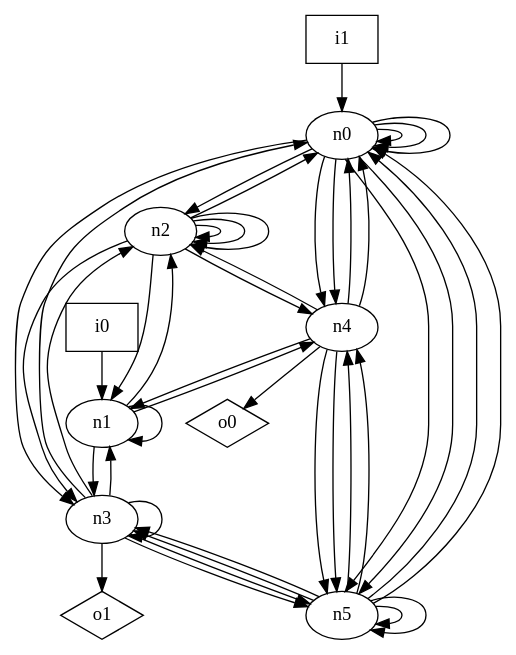
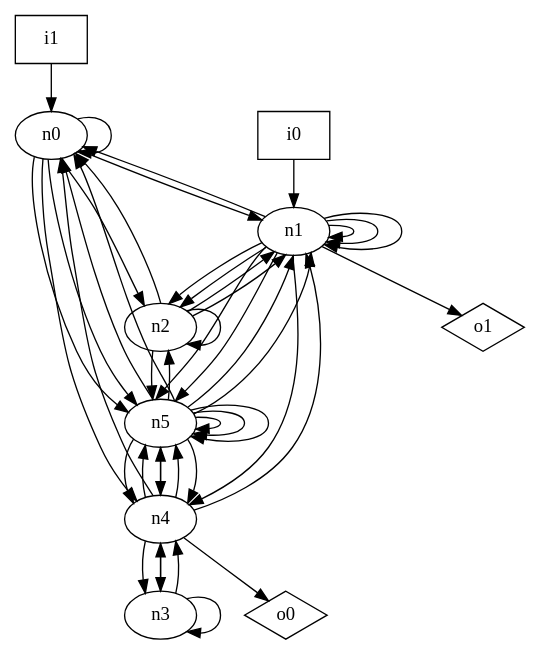
One commit to p9romain/bool-circuits changed the diagram in dot_files/random/random_undirected_graph.dot. Above: the diagram before and after it, drawn with Graphviz. The commit also changed 30 other files, not shown here.

```diff
--- a/dot_files/random/random_undirected_graph.dot
+++ b/dot_files/random/random_undirected_graph.dot
@@ -1,56 +1,57 @@
 digraph G {
 n0 [label="n0"];
 n1 [label="n1"];
 n2 [label="n2"];
 n3 [label="n3"];
 n4 [label="n4"];
 n5 [label="n5"];
 n6 [label="i0",shape="box"];
 n7 [label="i1",shape="box"];
 n8 [label="o0",shape="diamond"];
 n9 [label="o1",shape="diamond"];
 n0 -> n0
-n0 -> n0
-n0 -> n0
+n0 -> n1
 n0 -> n2
-n0 -> n3
-n0 -> n4
 n0 -> n4
 n0 -> n5
 n0 -> n5
+n1 -> n0
+n1 -> n1
+n1 -> n1
 n1 -> n1
 n1 -> n2
-n1 -> n3
+n1 -> n2
 n1 -> n4
+n1 -> n5
+n1 -> n5
+n1 -> n9
 n2 -> n0
 n2 -> n1
+n2 -> n1
 n2 -> n2
-n2 -> n2
-n2 -> n2
-n2 -> n3
-n2 -> n4
-n3 -> n0
-n3 -> n1
-n3 -> n2
+n2 -> n5
 n3 -> n3
-n3 -> n5
-n3 -> n5
-n3 -> n9
-n4 -> n0
+n3 -> n4
+n3 -> n4
 n4 -> n0
 n4 -> n1
-n4 -> n2
+n4 -> n3
+n4 -> n3
+n4 -> n5
 n4 -> n5
 n4 -> n5
 n4 -> n8
 n5 -> n0
 n5 -> n0
-n5 -> n3
-n5 -> n3
+n5 -> n1
+n5 -> n1
+n5 -> n2
 n5 -> n4
 n5 -> n4
+n5 -> n4
+n5 -> n5
 n5 -> n5
 n5 -> n5
 n6 -> n1
 n7 -> n0
 }
```
